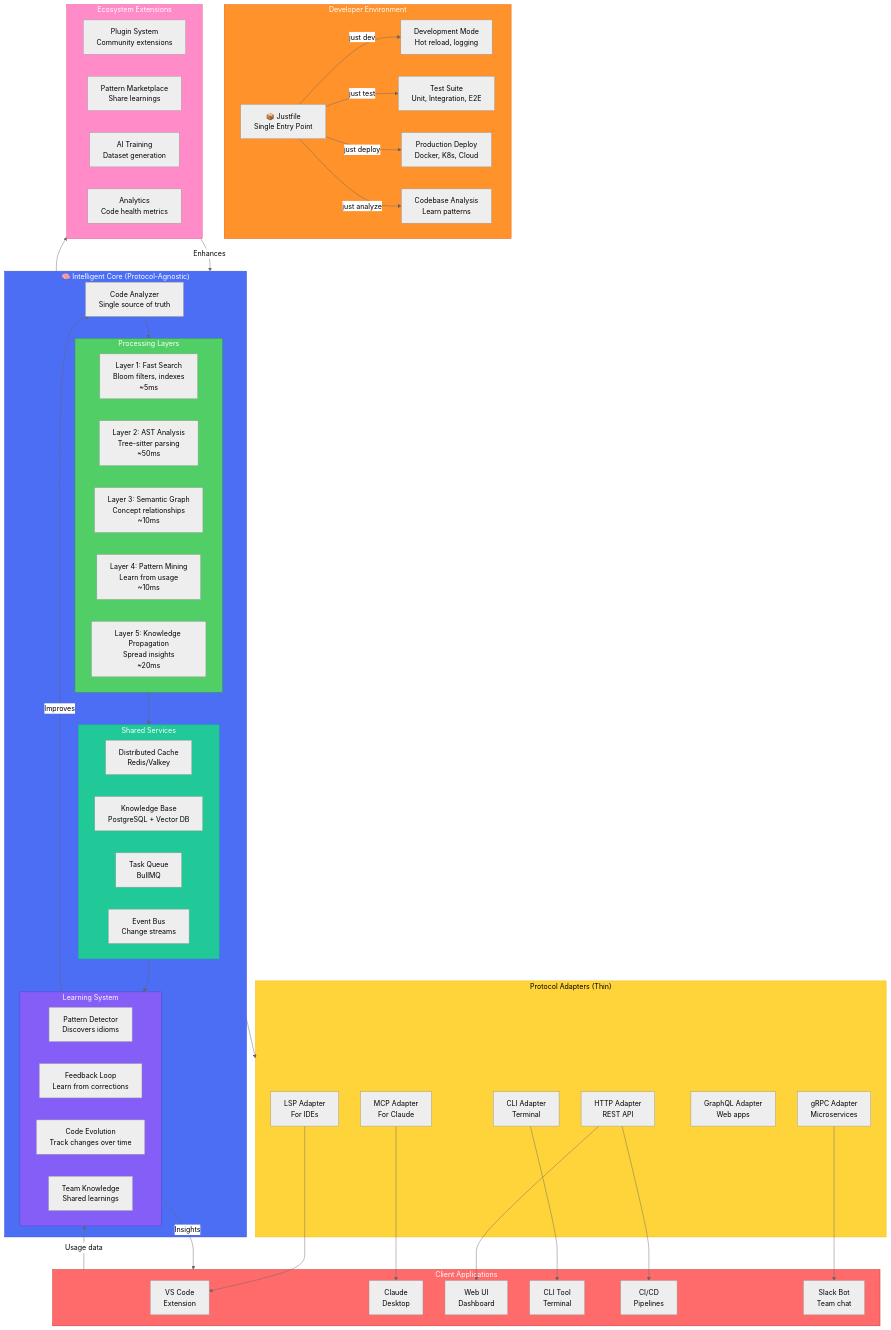
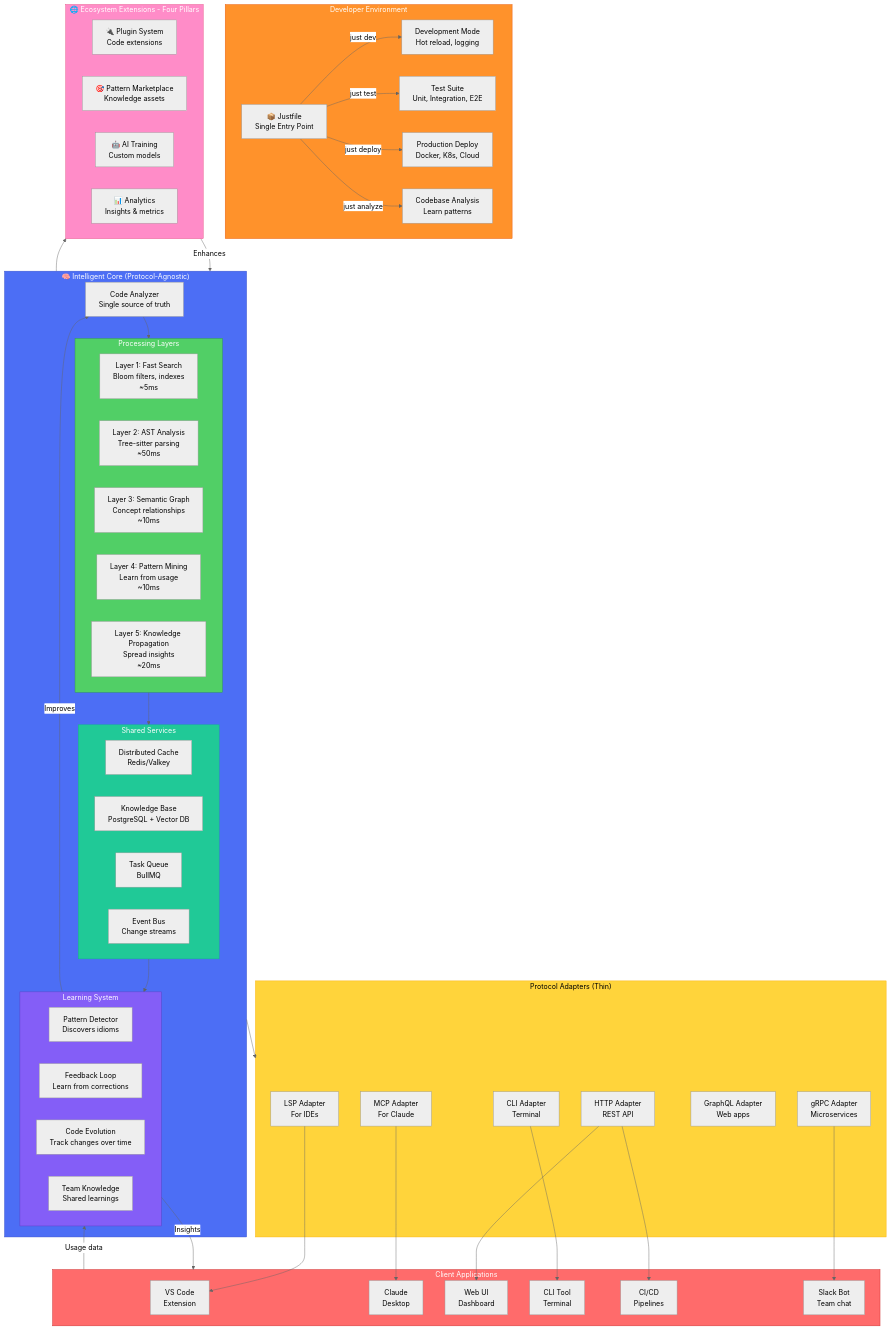
Before and after one commit to lightningRalf/ontology-lsp: the diagram in VISION.md, drawn with Mermaid (neutral theme). The commit also changed other lines of this file and 9 other files, not shown here.

First line of the commit message:
📚 docs(ecosystem): add comprehensive four-pillar ecosystem architecture

```diff
--- a/VISION.md
+++ b/VISION.md
@@ -73,11 +73,11 @@
     SLACK["Slack Bot<br/>Team chat"]
   end
 
-  subgraph ECOSYSTEM["Ecosystem Extensions"]
-    PLUGINS["Plugin System<br/>Community extensions"]
-    MARKETPLACE["Pattern Marketplace<br/>Share learnings"]
-    AITRAINING["AI Training<br/>Dataset generation"]
-    METRICS["Analytics<br/>Code health metrics"]
+  subgraph ECOSYSTEM["🌐 Ecosystem Extensions - Four Pillars"]
+    PLUGINS["🔌 Plugin System<br/>Code extensions"]
+    MARKETPLACE["🎯 Pattern Marketplace<br/>Knowledge assets"]
+    AITRAINING["🤖 AI Training<br/>Custom models"]
+    ANALYTICS["📊 Analytics<br/>Insights & metrics"]
   end
 
   %% Core connections
```
